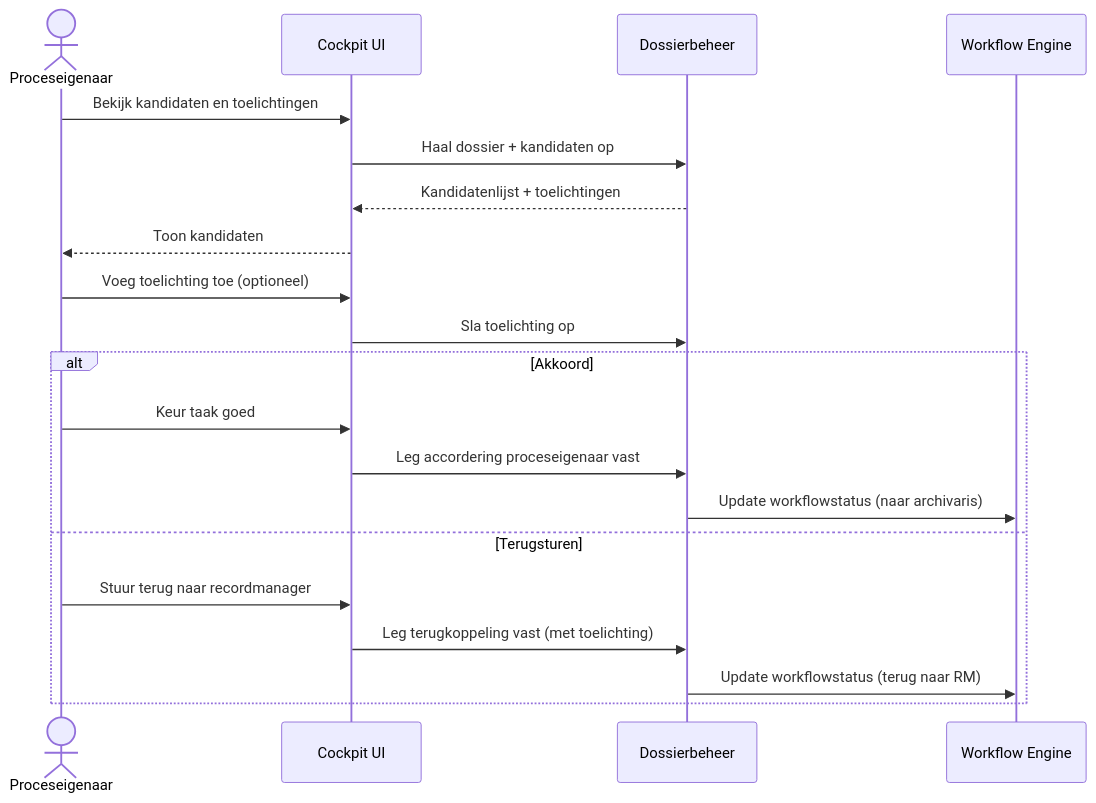
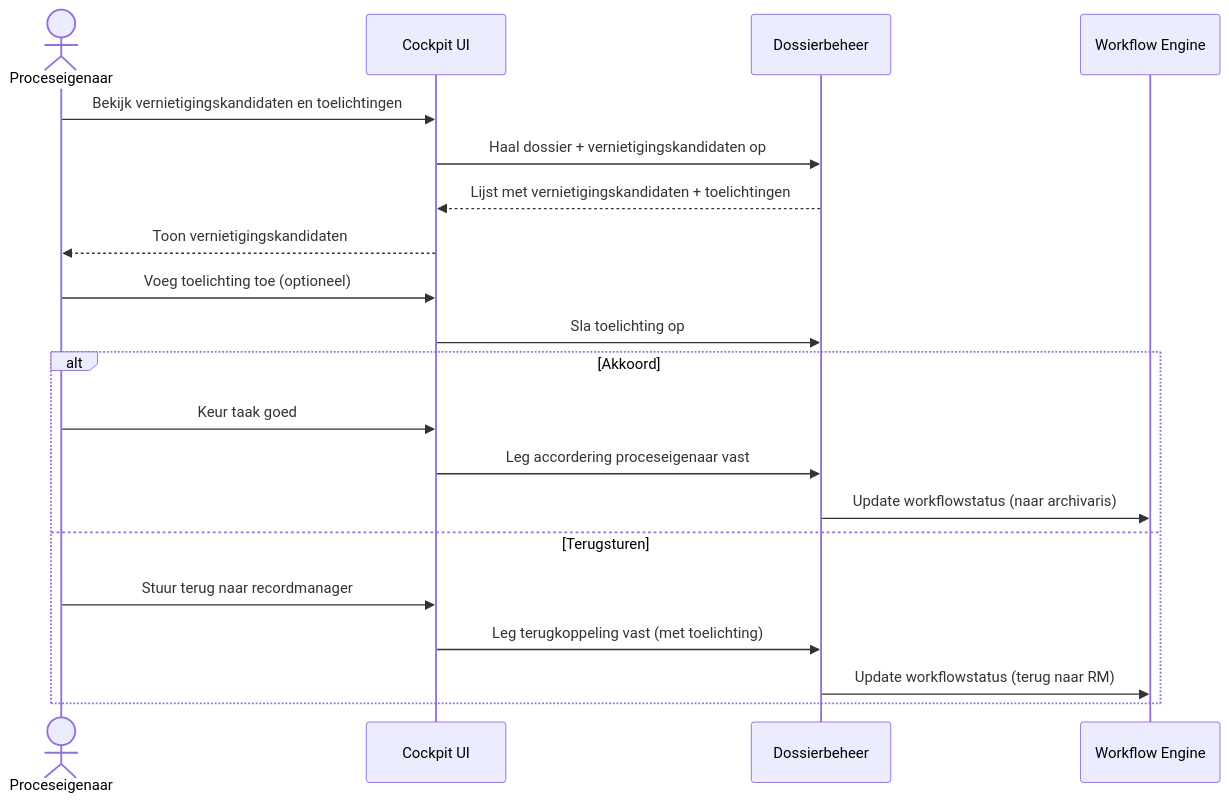
The fourth of 11 diagrams in architectuur/sequence-diagrammen.md (GemeenteArnhem/Vernietigingscockpit), drawn with Mermaid before and after one commit. The commit also changed other lines of this file and 4 other files, not shown here.

````diff
--- a/architectuur/sequence-diagrammen.md
+++ b/architectuur/sequence-diagrammen.md
@@ -97,25 +108,25 @@
 ```mermaid
 sequenceDiagram
     actor PO as Proceseigenaar
     participant UI as Cockpit UI
     participant D as Dossierbeheer
     participant WF as Workflow Engine
 
-    PO ->> UI: Bekijk kandidaten en toelichtingen
-    UI ->> D: Haal dossier + kandidaten op
-    D -->> UI: Kandidatenlijst + toelichtingen
-    UI -->> PO: Toon kandidaten
+    PO ->> UI: Bekijk vernietigingskandidaten en toelichtingen
+    UI ->> D: Haal dossier + vernietigingskandidaten op
+    D -->> UI: Lijst met vernietigingskandidaten + toelichtingen
+    UI -->> PO: Toon vernietigingskandidaten
 
     PO ->> UI: Voeg toelichting toe (optioneel)
     UI ->> D: Sla toelichting op
 
     alt Akkoord
         PO ->> UI: Keur taak goed
         UI ->> D: Leg accordering proceseigenaar vast
         D ->> WF: Update workflowstatus (naar archivaris)
     else Terugsturen
         PO ->> UI: Stuur terug naar recordmanager
         UI ->> D: Leg terugkoppeling vast (met toelichting)
         D ->> WF: Update workflowstatus (terug naar RM)
     end
 ```
````
